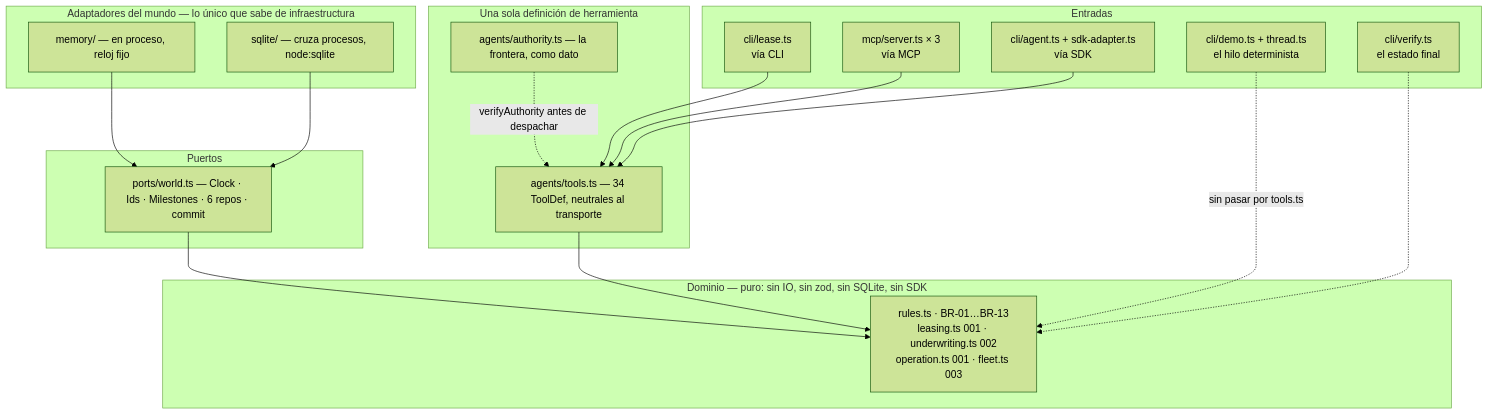
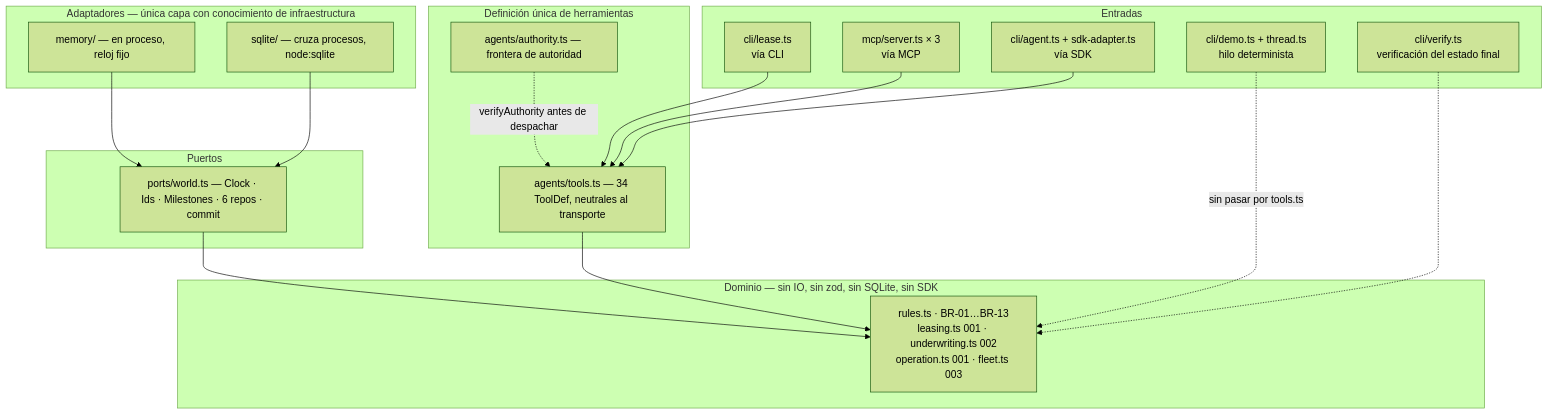
One commit to LuisMUtec/SWA-LAB02-Lease changed the third of 4 diagrams in docs/ARCHITECTURE.md. Above: the diagram before and after it, drawn with Mermaid (forest theme). The commit also changed other lines of this file, not shown here.

First line of the commit message:
Ajustar el registro del documento de arquitectura

````diff
--- a/docs/ARCHITECTURE.md
+++ b/docs/ARCHITECTURE.md
@@ -175,40 +182,40 @@
 ```mermaid
 flowchart TB
-    subgraph ada["Adaptadores del mundo — lo único que sabe de infraestructura"]
+    subgraph ada["Adaptadores — única capa con conocimiento de infraestructura"]
         MW["memory/ — en proceso, reloj fijo"]
         SW["sqlite/ — cruza procesos, node:sqlite"]
     end
 
     subgraph por["Puertos"]
         WO["ports/world.ts — Clock · Ids · Milestones · 6 repos · commit"]
     end
 
     subgraph ent["Entradas"]
         LE["cli/lease.ts<br/>vía CLI"]
         MS["mcp/server.ts × 3<br/>vía MCP"]
         AG["cli/agent.ts + sdk-adapter.ts<br/>vía SDK"]
-        DE["cli/demo.ts + thread.ts<br/>el hilo determinista"]
-        VE["cli/verify.ts<br/>el estado final"]
+        DE["cli/demo.ts + thread.ts<br/>hilo determinista"]
+        VE["cli/verify.ts<br/>verificación del estado final"]
     end
 
-    subgraph reg["Una sola definición de herramienta"]
+    subgraph reg["Definición única de herramientas"]
         TO["agents/tools.ts — 34 ToolDef, neutrales al transporte"]
-        AU["agents/authority.ts — la frontera, como dato"]
+        AU["agents/authority.ts — frontera de autoridad"]
     end
 
-    subgraph dom["Dominio — puro: sin IO, sin zod, sin SQLite, sin SDK"]
+    subgraph dom["Dominio — sin IO, sin zod, sin SQLite, sin SDK"]
         DOM["rules.ts · BR-01…BR-13<br/>leasing.ts 001 · underwriting.ts 002<br/>operation.ts 001 · fleet.ts 003"]
     end
 
     MW --> WO
     SW --> WO
     WO --> DOM
 
     LE --> TO
     MS --> TO
     AG --> TO
     AU -.->|"verifyAuthority antes de despachar"| TO
     TO --> DOM
     DE -.->|"sin pasar por tools.ts"| DOM
     VE -.-> DOM
 ```
````
